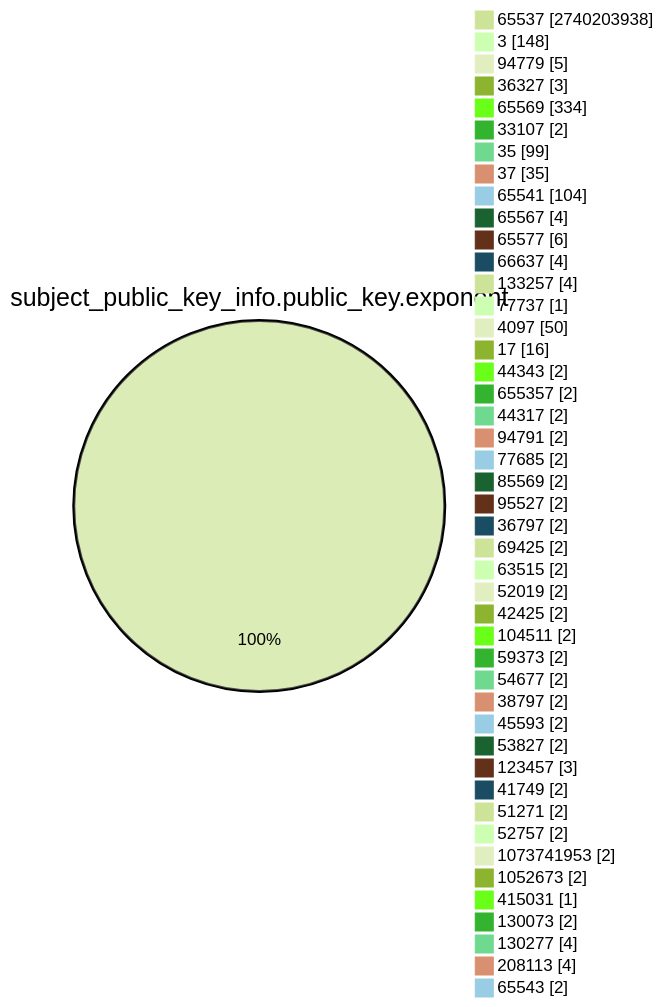
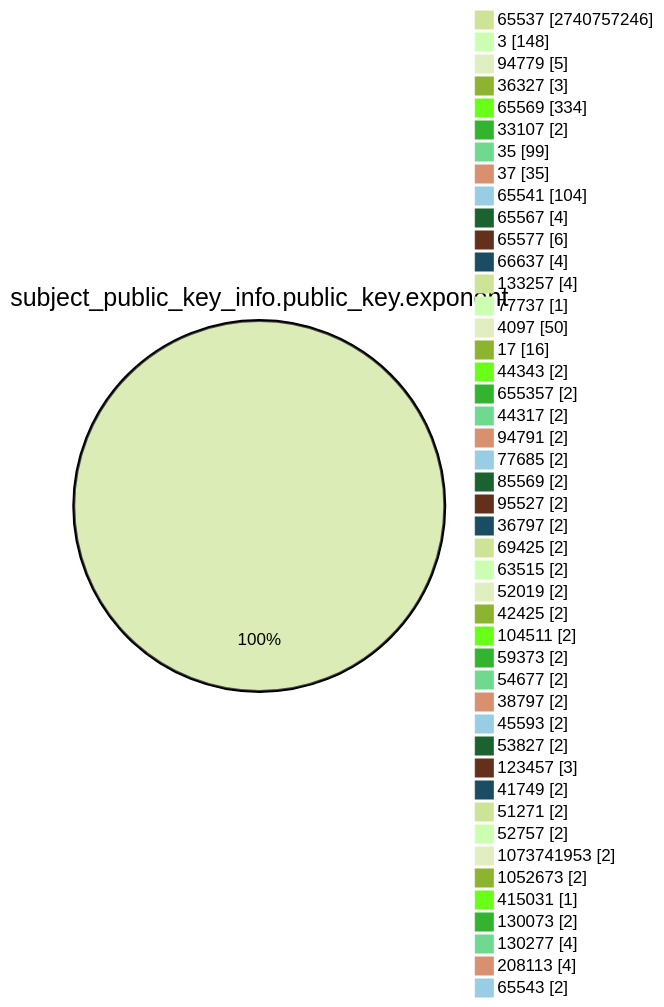
Before and after one commit to christiankrug/ctmonitor_visualization: the fourth of 15 diagrams in TOTAL/README.md, drawn with Mermaid (forest theme). The commit also changed other lines of this file, not shown here.

````diff
--- a/TOTAL/README.md
+++ b/TOTAL/README.md
@@ -1467,49 +1467,49 @@
 ```mermaid
 pie showData
 title subject_public_key_info.public_key.exponent
-"65537" :2740203938
+"65537" :2740757246
 "3" :148
 "94779" :5
 "36327" :3
 "65569" :334
 "33107" :2
 "35" :99
 "37" :35
 "65541" :104
 "65567" :4
 "65577" :6
 "66637" :4
 "133257" :4
 "77737" :1
 "4097" :50
 "17" :16
 "44343" :2
 "655357" :2
 "44317" :2
 "94791" :2
 "77685" :2
 "85569" :2
 "95527" :2
 "36797" :2
 "69425" :2
 "63515" :2
 "52019" :2
 "42425" :2
 "104511" :2
 "59373" :2
 "54677" :2
 "38797" :2
 "45593" :2
 "53827" :2
 "123457" :3
 "41749" :2
 "51271" :2
 "52757" :2
 "1073741953" :2
 "1052673" :2
 "415031" :1
 "130073" :2
 "130277" :4
 "208113" :4
 "65543" :2
 ```
````
